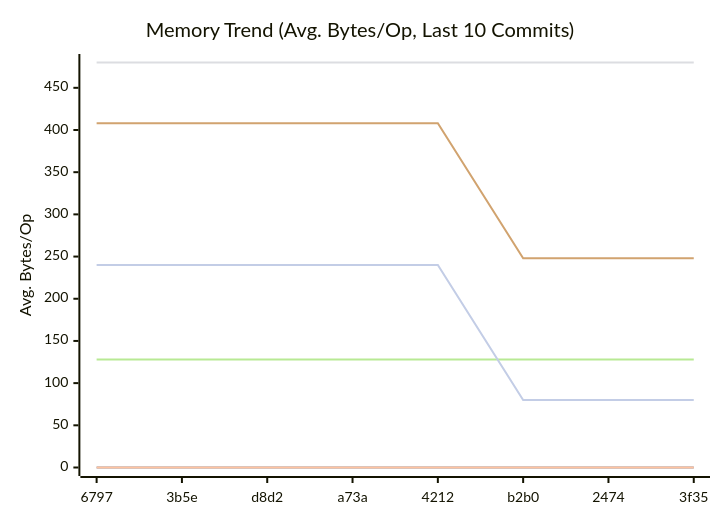
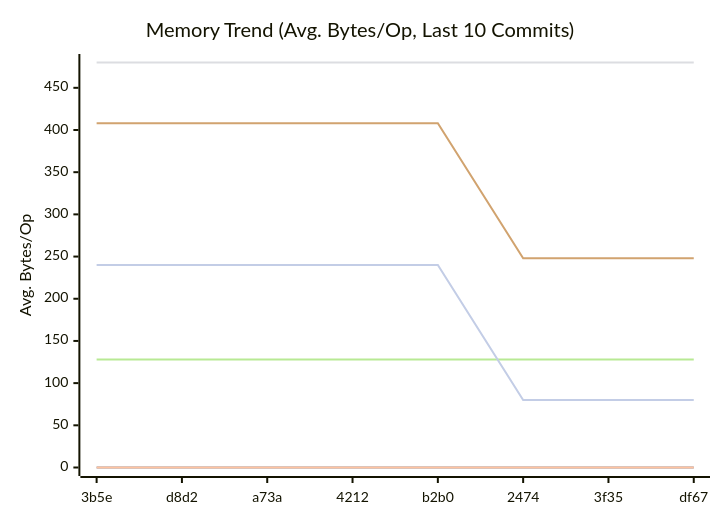
The second of 3 diagrams in docs/README.md (alsotoes/momo), drawn with Mermaid before and after one commit. The commit also changed other lines of this file and 1 other file, not shown here.

````diff
--- a/docs/README.md
+++ b/docs/README.md
@@ -155,14 +155,14 @@
 ```mermaid
 xychart-beta
     title "Memory Trend (Avg. Bytes/Op, Last 10 Commits)"
     x-axis "Commit"
     y-axis "Avg. Bytes/Op"
-    x-axis [6797,3b5e,d8d2,a73a,4212,b2b0,2474,3f35]
+    x-axis [3b5e,d8d2,a73a,4212,b2b0,2474,3f35,df67]
     line "CheckMetricsAndSwap" [0,0,0,0,0,0,0,0,0,0]
     line "IndexDirectTracking" [0,0,0,0,0,0,0,0,0,0]
     line "IndexSearch" [0,0,0,0,0,0,0,0,0,0]
-    line "LoadGlobalConfig" [480,480,480,480,480,480,480,480,480,480]
+    line "LoadGlobalConfig" [480,480,480,480,480,480,480,480,480,240]
     line "PadString" [128,128,128,128,128,128,128,128,128,128]
     line "ParseReplicationOrder_NoPrealloc" [408,408,408,408,408,248,248,248,248,248]
     line "ParseReplicationOrder_Prealloc" [240,240,240,240,240,80,80,80,80,80]
 ```
````
